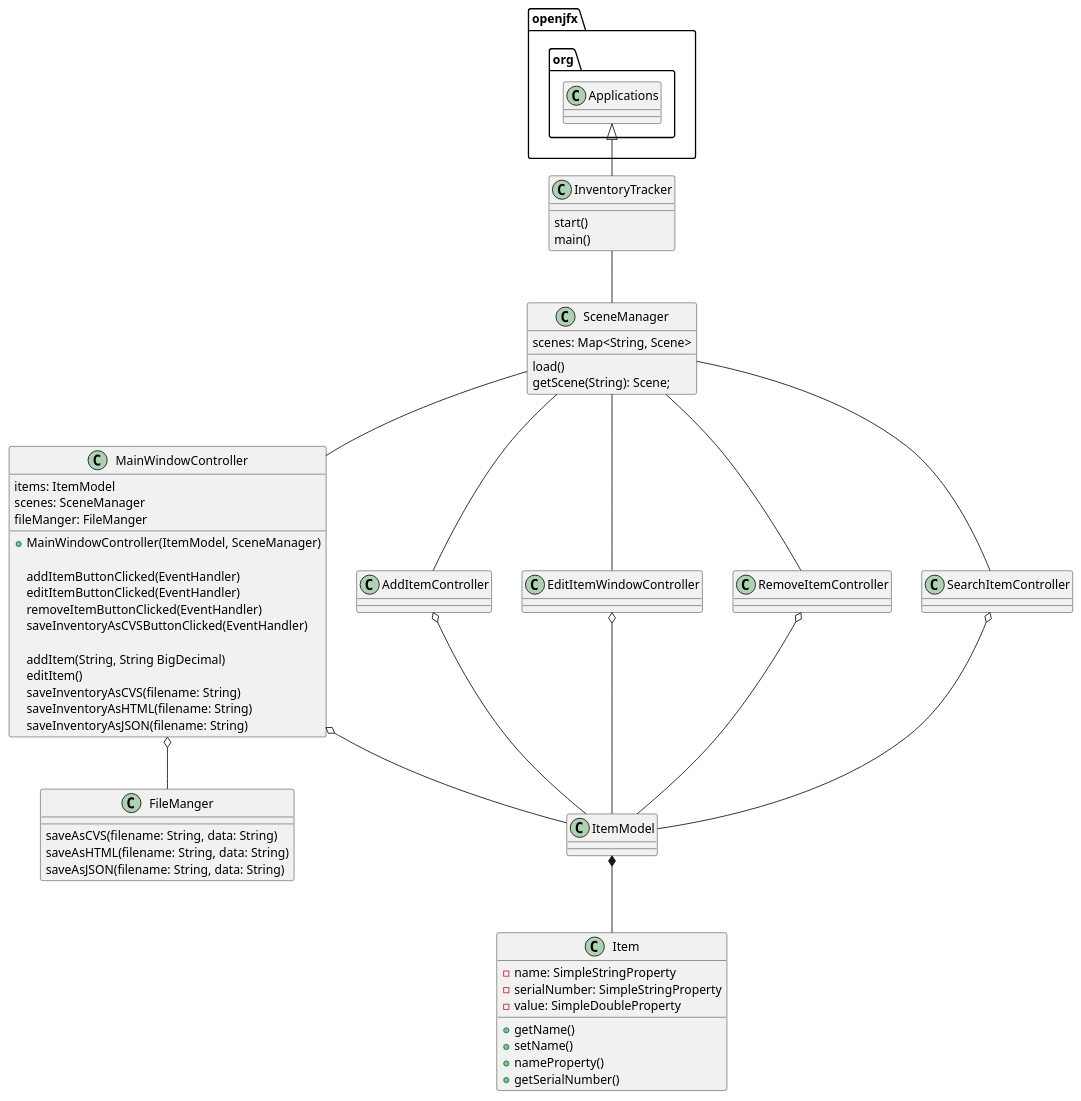
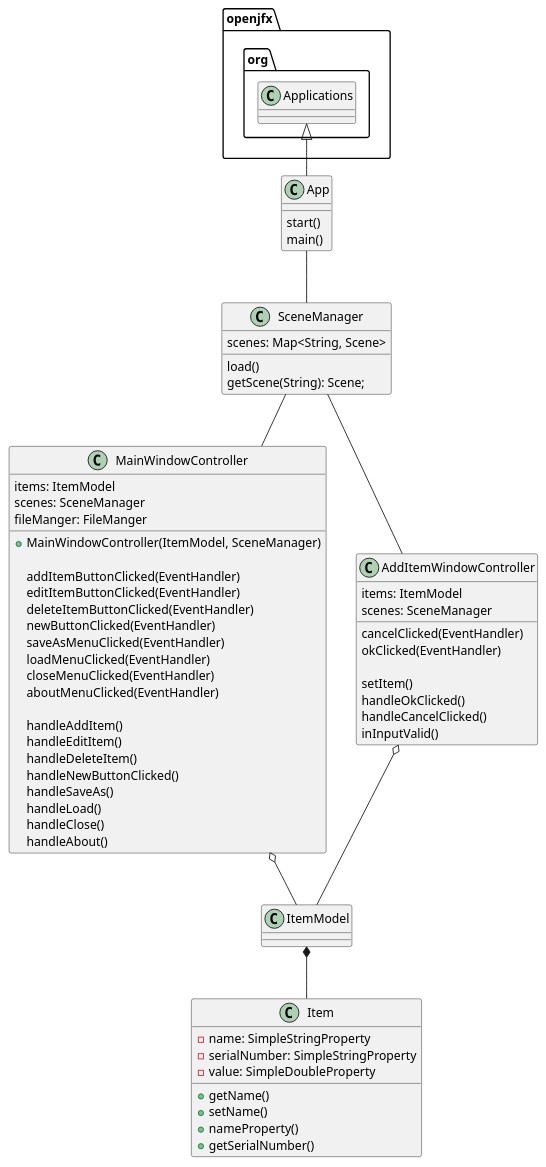
Before and after one commit to MaverickRaider/Hickey-8284-a5: the diagram in uml/assignment5.puml, drawn with PlantUML. The commit also changed 2 other files, not shown here.

```diff
--- a/uml/assignment5.puml
+++ b/uml/assignment5.puml
@@ -1,80 +1,75 @@
 @startuml
 
-class InventoryTracker {
+class App {
     start()
     main()
 }
 
 class SceneManager {
     scenes: Map<String, Scene>
 
     load()
     getScene(String): Scene;
 }
 
 class MainWindowController {
     items: ItemModel
     scenes: SceneManager
     fileManger: FileManger
 
     + MainWindowController(ItemModel, SceneManager)
 
     addItemButtonClicked(EventHandler)
     editItemButtonClicked(EventHandler)
-    removeItemButtonClicked(EventHandler)
-    saveInventoryAsCVSButtonClicked(EventHandler)
-    '...
+    deleteItemButtonClicked(EventHandler)
+    newButtonClicked(EventHandler)
+    saveAsMenuClicked(EventHandler)
+    loadMenuClicked(EventHandler)
+    closeMenuClicked(EventHandler)
+    aboutMenuClicked(EventHandler)
 
-    addItem(String, String BigDecimal)
-    editItem()
-    saveInventoryAsCVS(filename: String)
-    saveInventoryAsHTML(filename: String)
-    saveInventoryAsJSON(filename: String)
+    handleAddItem()
+    handleEditItem()
+    handleDeleteItem()
+    handleNewButtonClicked()
+    handleSaveAs()
+    handleLoad()
+    handleClose()
+    handleAbout()
 }
 
-class AddItemController {
-}
+class AddItemWindowController {
+    items: ItemModel
+    scenes: SceneManager
 
-class EditItemWindowController {
-}
+    cancelClicked(EventHandler)
+    okClicked(EventHandler)
 
-class RemoveItemController {
-}
-
-class SearchItemController {
+    setItem()
+    handleOkClicked()
+    handleCancelClicked()
+    inInputValid()
 }
 
 class Item {
     - name: SimpleStringProperty
     - serialNumber: SimpleStringProperty
     - value: SimpleDoubleProperty
 
     + getName()
     + setName()
     + nameProperty()
     + getSerialNumber()
     '...
 }
 
-class FileManger {
-    saveAsCVS(filename: String, data: String)
-    saveAsHTML(filename: String, data: String)
-    saveAsJSON(filename: String, data: String)
-}
+openjfx.org.Applications <|-- App
+App -- SceneManager
+SceneManager -- MainWindowController
+SceneManager -- AddItemWindowController
+MainWindowController o-- ItemModel
+AddItemWindowController o-- ItemModel
 
-openjfx.org.Applications <|-- InventoryTracker
-InventoryTracker -- SceneManager
-SceneManager -- MainWindowController
-SceneManager -- AddItemController
-SceneManager -- EditItemWindowController
-SceneManager -- RemoveItemController
-SceneManager -- SearchItemController
-MainWindowController o-- ItemModel
-AddItemController o-- ItemModel
-EditItemWindowController o-- ItemModel
-RemoveItemController o-- ItemModel
-SearchItemController o-- ItemModel
 ItemModel *-- Item
-MainWindowController o-- FileManger
 
 @enduml
```
